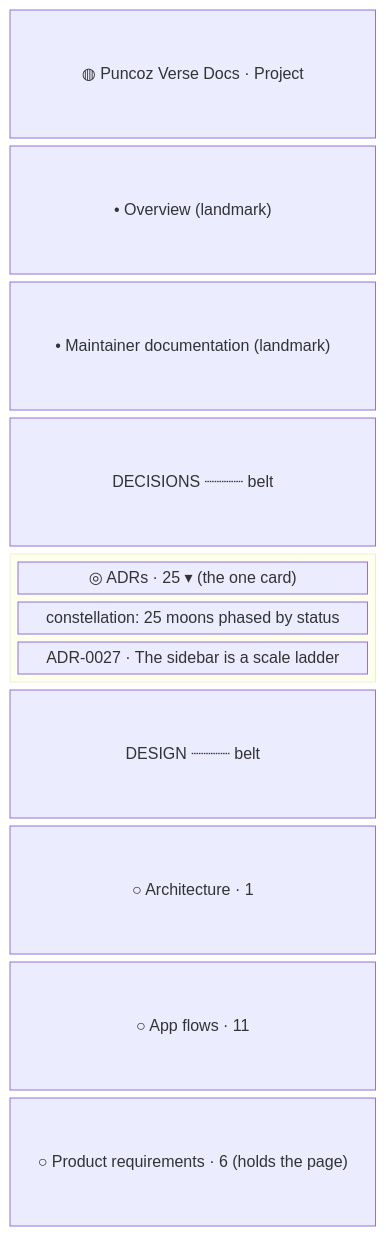
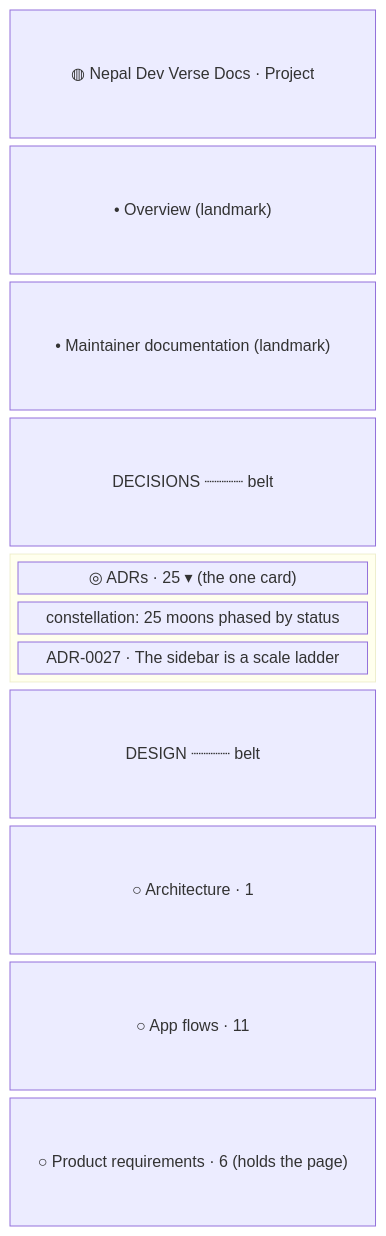
One commit to nepal-dev-com/docs.nepal-dev.com changed the third of 4 diagrams in content/docs/maintain/app-flow/sidebar-scale-ladder.mdx. Above: the diagram before and after it, drawn with Mermaid. The commit also changed other lines of this file and 145 other files, not shown here.

Commit message:
nepal dev docs

````diff
--- a/content/docs/maintain/app-flow/sidebar-scale-ladder.mdx
+++ b/content/docs/maintain/app-flow/sidebar-scale-ladder.mdx
@@ -106,18 +106,18 @@
 ```mermaid
 block-beta
   columns 4
-  chip["◍ Puncoz Verse Docs · Project"]:4
+  chip["◍ Nepal Dev Verse Docs · Project"]:4
   ov["• Overview (landmark)"]:4
   md["• Maintainer documentation (landmark)"]:4
   b1["DECISIONS ┈┈┈┈ belt"]:4
   block:card:4
     columns 4
     h1["◎ ADRs · 25 ▾ (the one card)"]:4
     cst["constellation: 25 moons phased by status"]:4
     rd["ADR-0027 · The sidebar is a scale ladder"]:4
   end
   b2["DESIGN ┈┈┈┈ belt"]:4
   o2["○ Architecture · 1"]:4
   o3["○ App flows · 11"]:4
   o4["○ Product requirements · 6 (holds the page)"]:4
 ```
````
